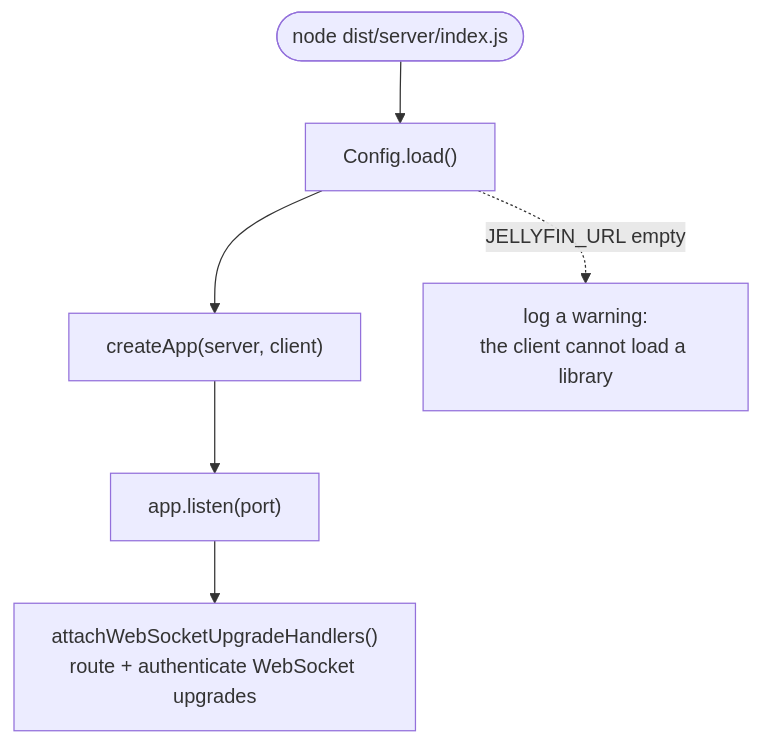
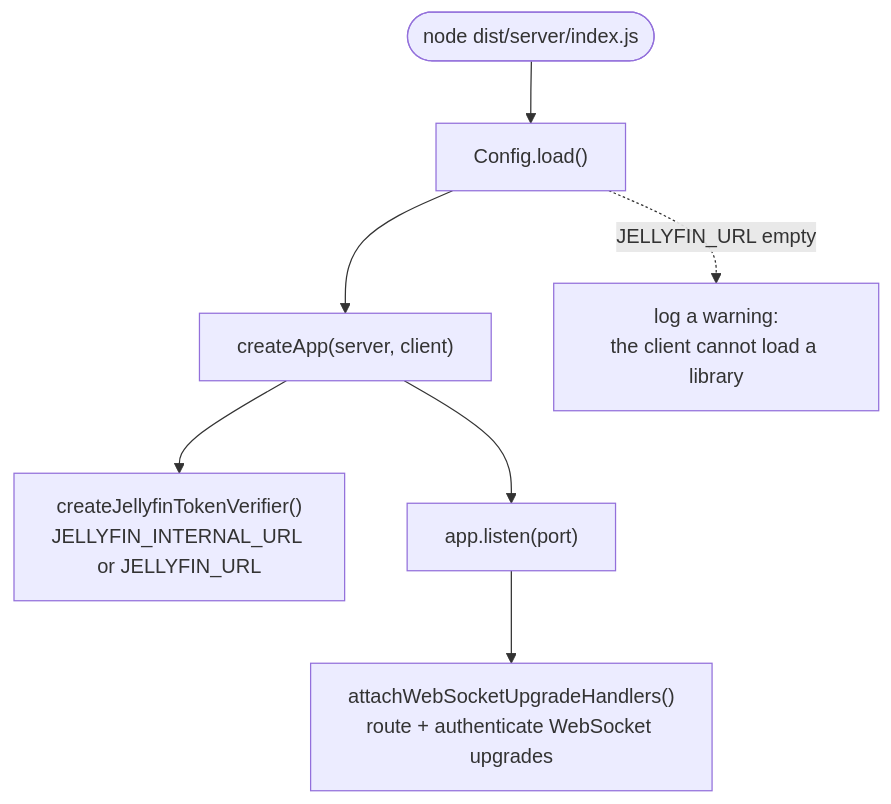
One commit to lumbar-spine-support/docker-haptic-player changed the first of 5 diagrams in docs/developer/server.md. Above: the diagram before and after it, drawn with Mermaid. The commit also changed other lines of this file and 10 other files, not shown here.

````diff
--- a/docs/developer/server.md
+++ b/docs/developer/server.md
@@ -14,8 +14,9 @@
 ```mermaid
 flowchart TD
   Start(["node dist/server/index.js"]) --> Load["Config.load()"]
   Load --> Create["createApp(server, client)"]
   Load -. "JELLYFIN_URL empty" .-> Warn["log a warning:<br/>the client cannot load a library"]
+  Create --> Verifier["createJellyfinTokenVerifier()<br/>JELLYFIN_INTERNAL_URL or JELLYFIN_URL"]
   Create --> Listen["app.listen(port)"]
   Listen --> Upgrade["attachWebSocketUpgradeHandlers()<br/>route + authenticate WebSocket upgrades"]
 ```
````
